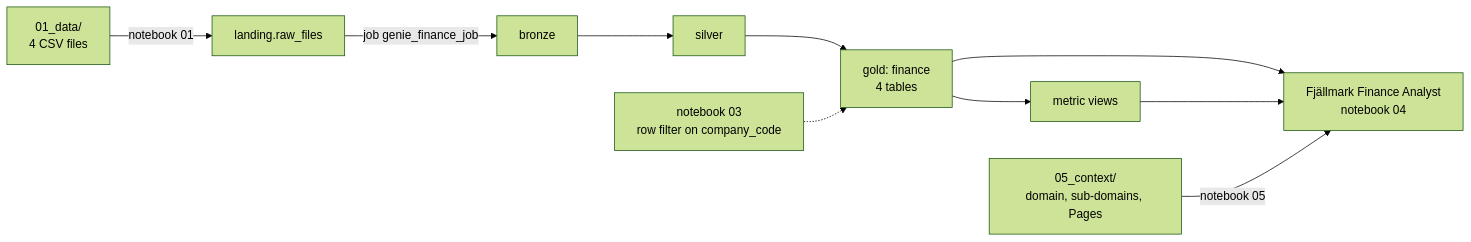
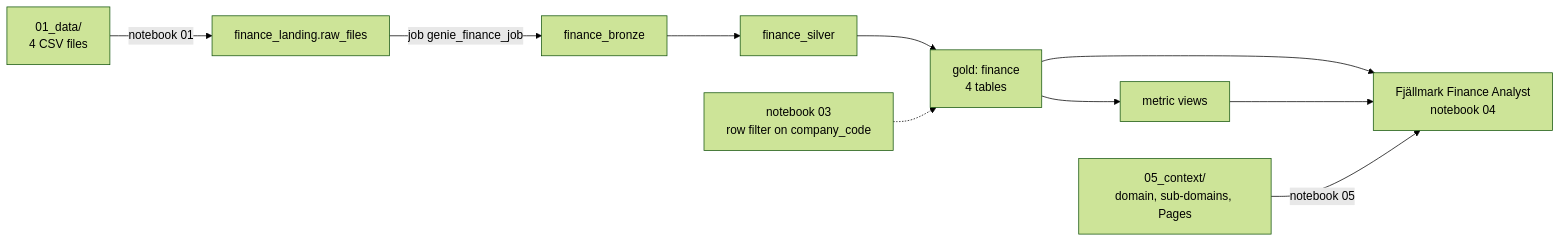
One commit to dediggibyte/genie_bootcamp_diggibyte changed the diagram in bootcamp_domain/finance/README.md. Above: the diagram before and after it, drawn with Mermaid (forest theme). The commit also changed other lines of this file and 43 other files, not shown here.

````diff
--- a/bootcamp_domain/finance/README.md
+++ b/bootcamp_domain/finance/README.md
@@ -49,10 +53,10 @@
 ```mermaid
 flowchart LR
-    CSV["01_data/<br/>4 CSV files"] -->|"notebook 01"| VOL["landing.raw_files"]
-    VOL -->|"job genie_finance_job"| BR["bronze"] --> SI["silver"] --> GO["gold: finance<br/>4 tables"]
+    CSV["01_data/<br/>4 CSV files"] -->|"notebook 01"| VOL["finance_landing.raw_files"]
+    VOL -->|"job genie_finance_job"| BR["finance_bronze"] --> SI["finance_silver"] --> GO["gold: finance<br/>4 tables"]
     GO --> MV["metric views"]
     GOV["notebook 03<br/>row filter on company_code"] -.-> GO
     GO --> AG["Fjällmark Finance Analyst<br/>notebook 04"]
     MV --> AG
     CTX["05_context/<br/>domain, sub-domains, Pages"] -->|"notebook 05"| AG
 ```
````
